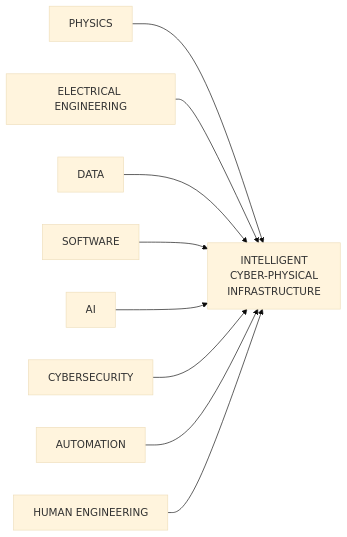
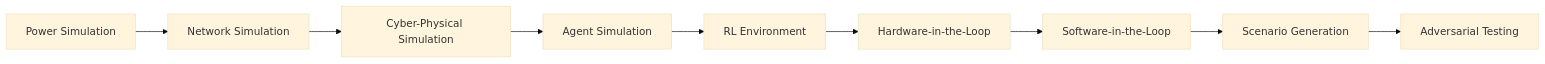
Diagram 19 of 33 in README.md (iceccarelli/iceccarelli), drawn with Mermaid (base theme) before and after one commit. The commit also changed other lines of this file, not shown here.

````diff
--- a/README.md
+++ b/README.md
@@ -1556,23 +689,4 @@
 ```mermaid
 flowchart LR
-
-    PHYSICS[PHYSICS]
-    ELEC[ELECTRICAL ENGINEERING]
-    DATA[DATA]
-    SOFTWARE[SOFTWARE]
-    AI[AI]
-    SECURITY[CYBERSECURITY]
-    AUTOMATION[AUTOMATION]
-    HUMAN[HUMAN ENGINEERING]
-
-    PHYSICS --> CORE
-    ELEC --> CORE
-    DATA --> CORE
-    SOFTWARE --> CORE
-    AI --> CORE
-    SECURITY --> CORE
-    AUTOMATION --> CORE
-    HUMAN --> CORE
-
-    CORE["INTELLIGENT<br/>CYBER-PHYSICAL<br/>INFRASTRUCTURE"]
+    POWER[Power Simulation] --> NETWORK[Network Simulation] --> CPS[Cyber-Physical Simulation] --> AGENT[Agent Simulation] --> RL[RL Environment] --> HIL[Hardware-in-the-Loop] --> SIL[Software-in-the-Loop] --> SCENARIO[Scenario Generation] --> ADV[Adversarial Testing]
 ```
````
